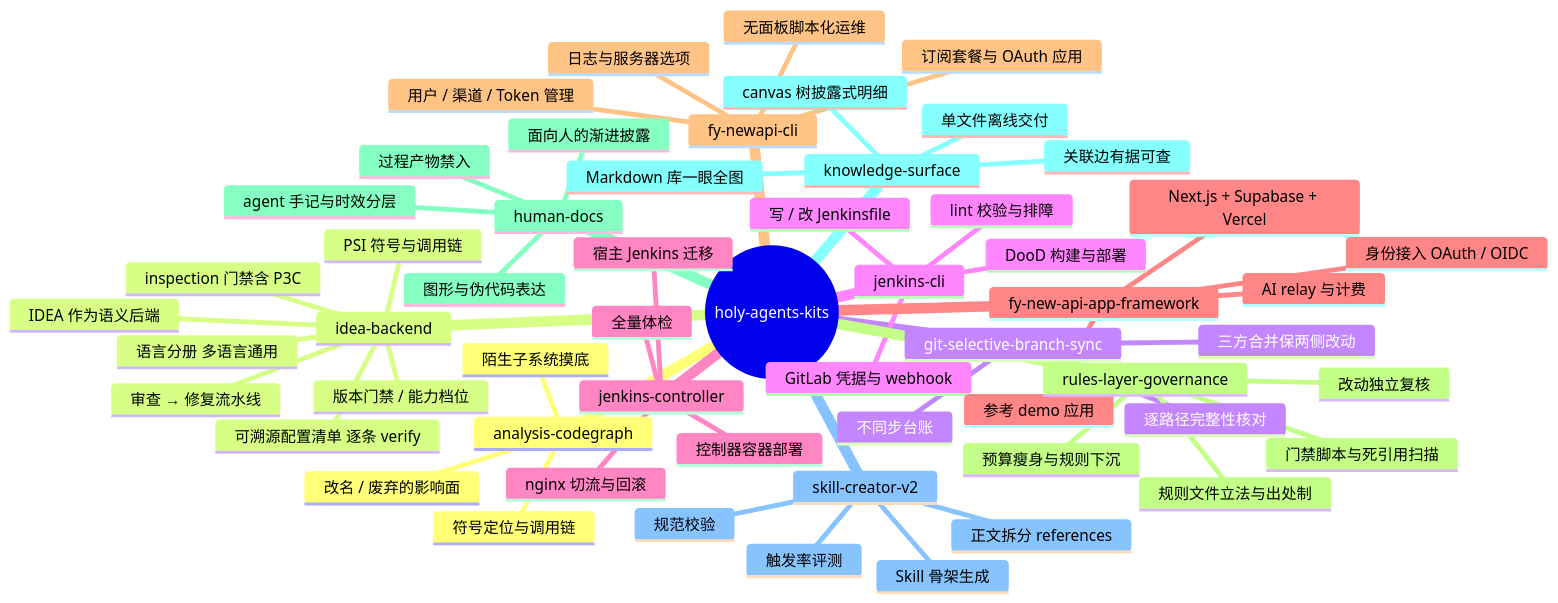
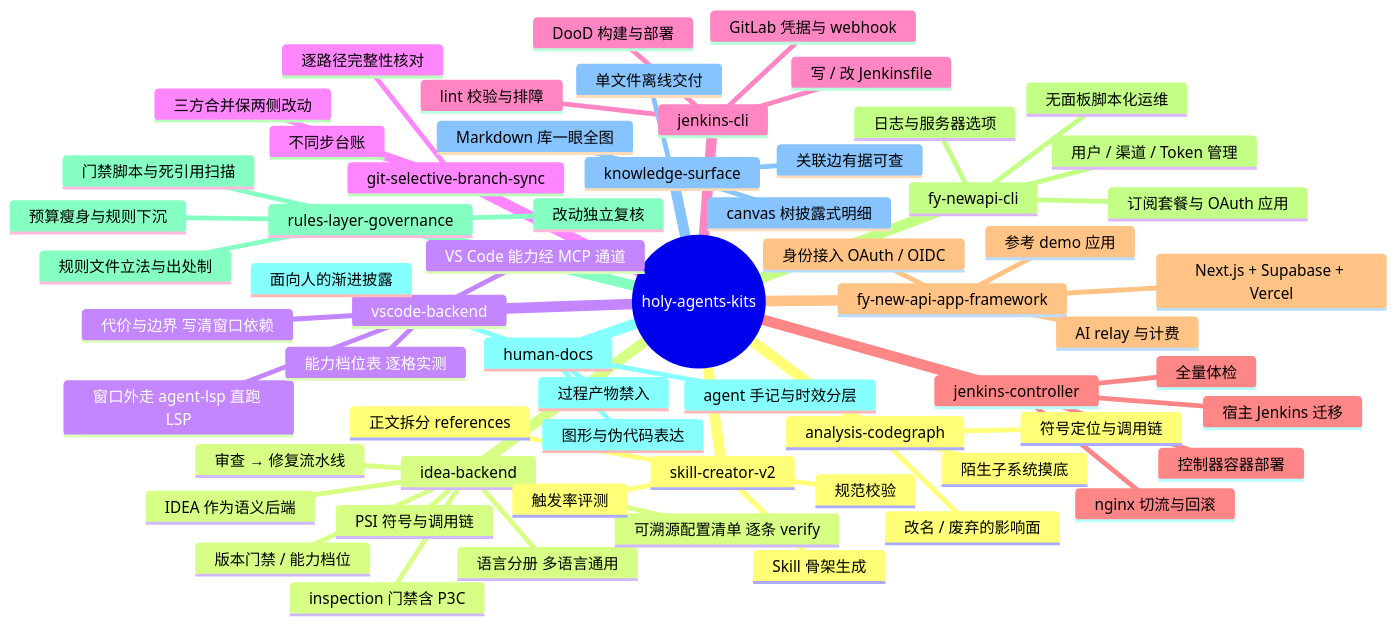
One commit to monsterbude123/holy-agents-kits changed the diagram in README.md. Above: the diagram before and after it, drawn with Mermaid. The commit also changed other lines of this file and 5 other files, not shown here.

First line of the commit message:
feat(02-03): 能力面实测档位表 + 独立可装的 vscode-backend 技能

````diff
--- a/README.md
+++ b/README.md
@@ -13,60 +13,65 @@
 ```mermaid
 mindmap
   root((holy-agents-kits))
     analysis-codegraph
       符号定位与调用链
       改名 / 废弃的影响面
       陌生子系统摸底
     idea-backend
       IDEA 作为语义后端
       PSI 符号与调用链
       inspection 门禁含 P3C
       审查 → 修复流水线
       语言分册 多语言通用
       版本门禁 / 能力档位
       可溯源配置清单 逐条 verify
+    vscode-backend
+      VS Code 能力经 MCP 通道
+      窗口外走 agent-lsp 直跑 LSP
+      能力档位表 逐格实测
+      代价与边界 写清窗口依赖
     git-selective-branch-sync
       三方合并保两侧改动
       不同步台账
       逐路径完整性核对
     jenkins-cli
       写 / 改 Jenkinsfile
       DooD 构建与部署
       GitLab 凭据与 webhook
       lint 校验与排障
     jenkins-controller
       控制器容器部署
       宿主 Jenkins 迁移
       nginx 切流与回滚
       全量体检
     fy-new-api-app-framework
       身份接入 OAuth / OIDC
       AI relay 与计费
       Next.js + Supabase + Vercel
       参考 demo 应用
     fy-newapi-cli
       用户 / 渠道 / Token 管理
       日志与服务器选项
       订阅套餐与 OAuth 应用
       无面板脚本化运维
     rules-layer-governance
       规则文件立法与出处制
       预算瘦身与规则下沉
       门禁脚本与死引用扫描
       改动独立复核
     human-docs
       面向人的渐进披露
       图形与伪代码表达
       过程产物禁入
       agent 手记与时效分层
     knowledge-surface
       Markdown 库一眼全图
       canvas 树披露式明细
       关联边有据可查
       单文件离线交付
     skill-creator-v2
       Skill 骨架生成
       正文拆分 references
       规范校验
       触发率评测
 ```
````
